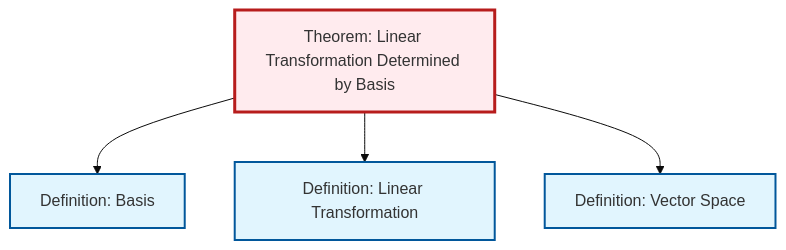
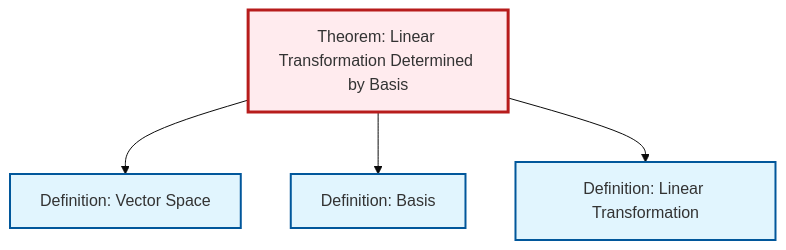
Before and after one commit to RK0429/ModernMath: the diagram in content/ja/algebra/thm-linear-transformation-basis.qmd, drawn with Mermaid (base theme). The commit also changed other lines of this file and 581 other files, not shown here.

````diff
--- a/content/ja/algebra/thm-linear-transformation-basis.qmd
+++ b/content/ja/algebra/thm-linear-transformation-basis.qmd
@@ -48,20 +48,20 @@
 ```{mermaid}
 %%| fig-cap: "Local dependency graph"
 graph TD
     classDef definition fill:#e1f5fe,stroke:#01579b,stroke-width:2px
     classDef theorem fill:#f3e5f5,stroke:#4a148c,stroke-width:2px
     classDef axiom fill:#fff3e0,stroke:#e65100,stroke-width:2px
     classDef example fill:#e8f5e9,stroke:#1b5e20,stroke-width:2px
     classDef current fill:#ffebee,stroke:#b71c1c,stroke-width:3px
-    def-vector-space["Definition: Vector Space"]:::definition
     def-linear-transformation["Definition: Linear Transformation"]:::definition
     def-basis["Definition: Basis"]:::definition
+    def-vector-space["Definition: Vector Space"]:::definition
     thm-linear-transformation-basis["Theorem: Linear Transformation Determined by Basis"]:::theorem
+    thm-linear-transformation-basis --> def-vector-space
     thm-linear-transformation-basis --> def-basis
     thm-linear-transformation-basis --> def-linear-transformation
-    thm-linear-transformation-basis --> def-vector-space
     class thm-linear-transformation-basis current
-    click def-vector-space "def-vector-space.html" "Definition: Vector Spaceへ"
     click def-linear-transformation "def-linear-transformation.html" "Definition: Linear Transformationへ"
     click def-basis "def-basis.html" "Definition: Basisへ"
+    click def-vector-space "def-vector-space.html" "Definition: Vector Spaceへ"
 ```
````
